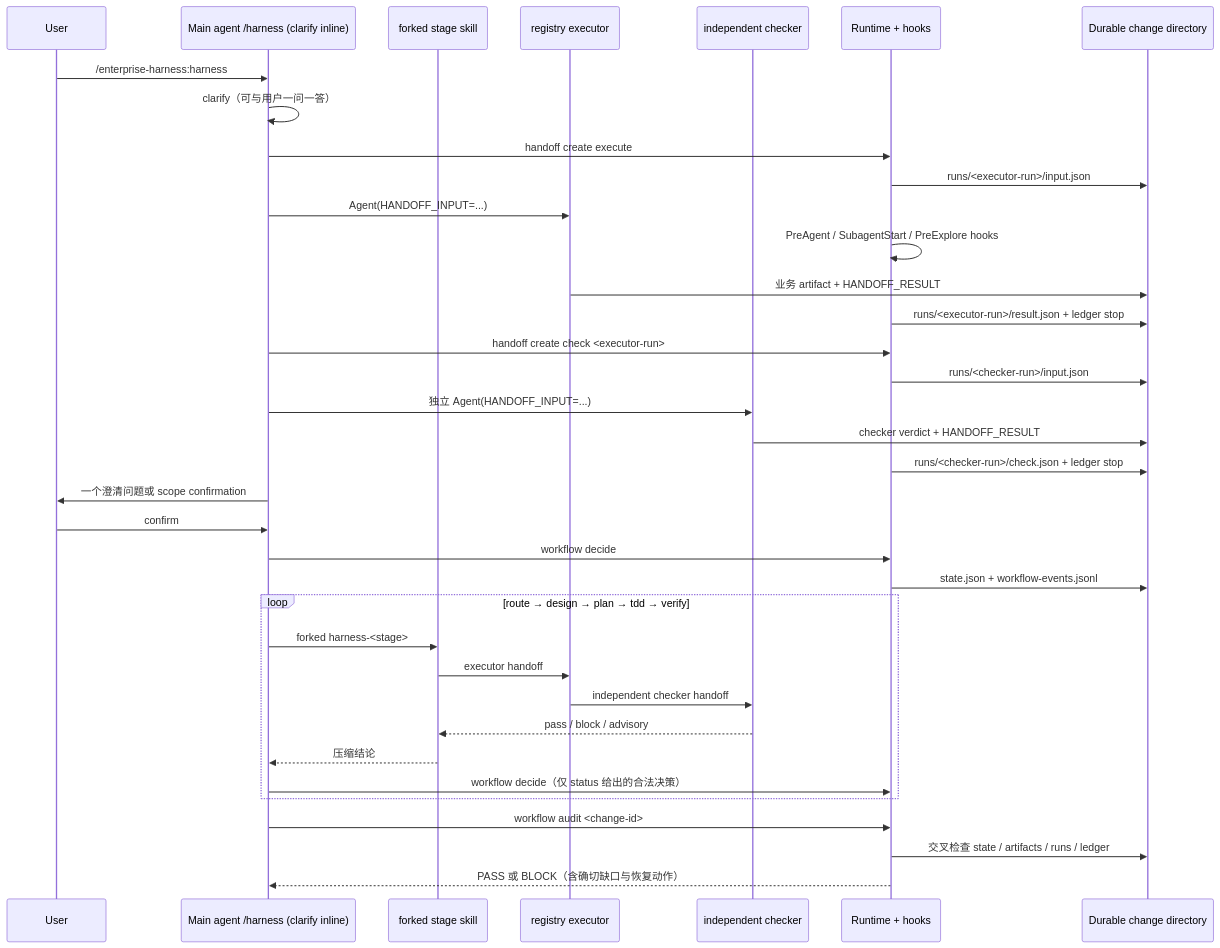
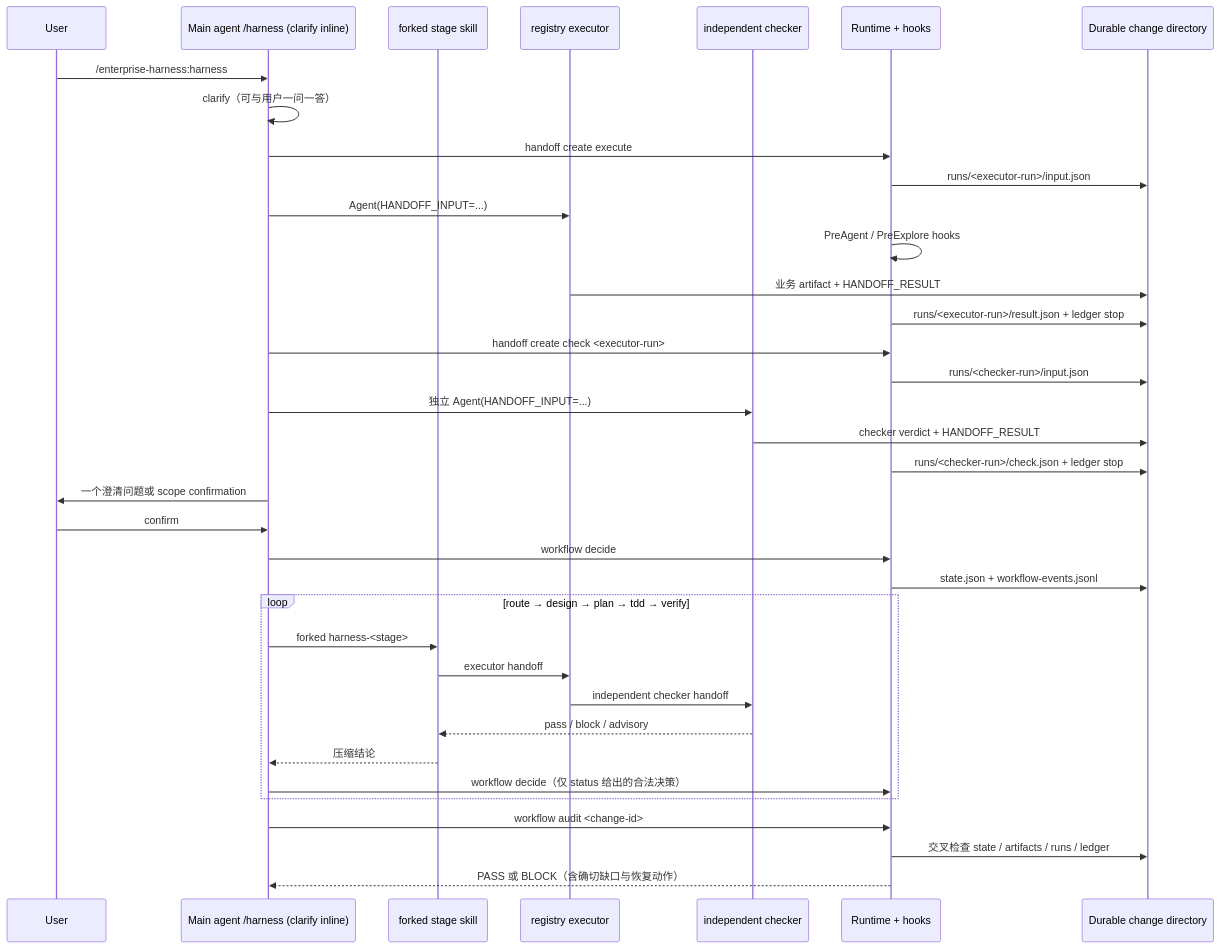
Before and after one commit to Emtemf/enterprise-harness: the diagram in harness/specs/stage-observability.md, drawn with Mermaid. The commit also changed other lines of this file and 20 other files, not shown here.

````diff
--- a/harness/specs/stage-observability.md
+++ b/harness/specs/stage-observability.md
@@ -34,41 +34,41 @@
 ```mermaid
 sequenceDiagram
   participant U as User
   participant M as Main agent /harness (clarify inline)
   participant S as forked stage skill
   participant E as registry executor
   participant K as independent checker
   participant R as Runtime + hooks
   participant D as Durable change directory
 
   U->>M: /enterprise-harness:harness
   M->>M: clarify（可与用户一问一答）
   M->>R: handoff create execute
   R->>D: runs/<executor-run>/input.json
   M->>E: Agent(HANDOFF_INPUT=...)
-  R->>R: PreAgent / SubagentStart / PreExplore hooks
+  R->>R: PreAgent / PreExplore hooks
   E->>D: 业务 artifact + HANDOFF_RESULT
   R->>D: runs/<executor-run>/result.json + ledger stop
   M->>R: handoff create check <executor-run>
   R->>D: runs/<checker-run>/input.json
   M->>K: 独立 Agent(HANDOFF_INPUT=...)
   K->>D: checker verdict + HANDOFF_RESULT
   R->>D: runs/<checker-run>/check.json + ledger stop
   M->>U: 一个澄清问题或 scope confirmation
   U->>M: confirm
   M->>R: workflow decide
   R->>D: state.json + workflow-events.jsonl
 
   loop route → design → plan → tdd → verify
     M->>S: forked harness-<stage>
     S->>E: executor handoff
     E->>K: independent checker handoff
     K-->>S: pass / block / advisory
     S-->>M: 压缩结论
     M->>R: workflow decide（仅 status 给出的合法决策）
   end
 
   M->>R: workflow audit <change-id>
   R->>D: 交叉检查 state / artifacts / runs / ledger
   R-->>M: PASS 或 BLOCK（含确切缺口与恢复动作）
 ```
````
